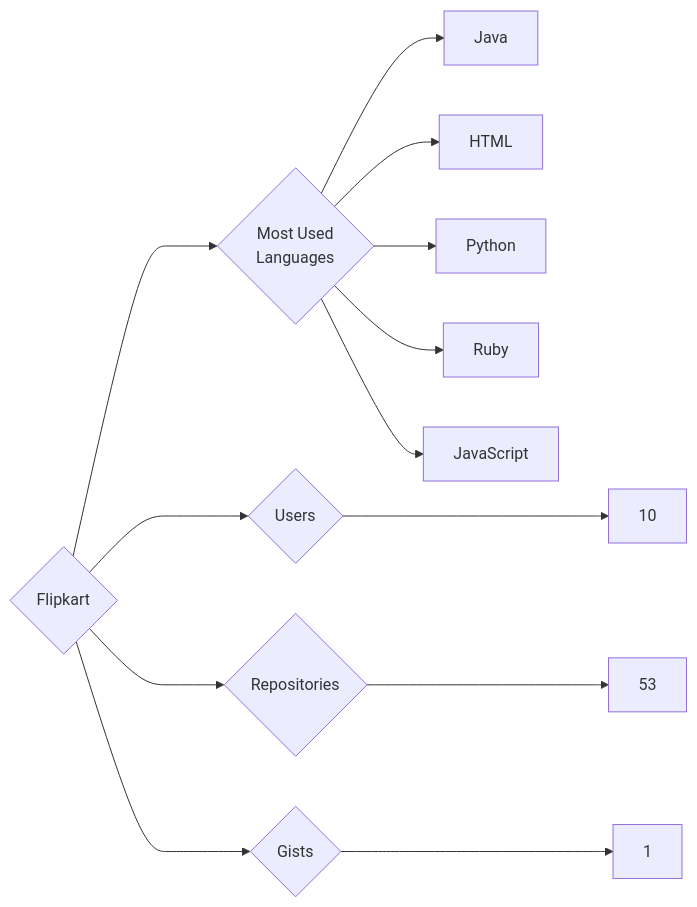
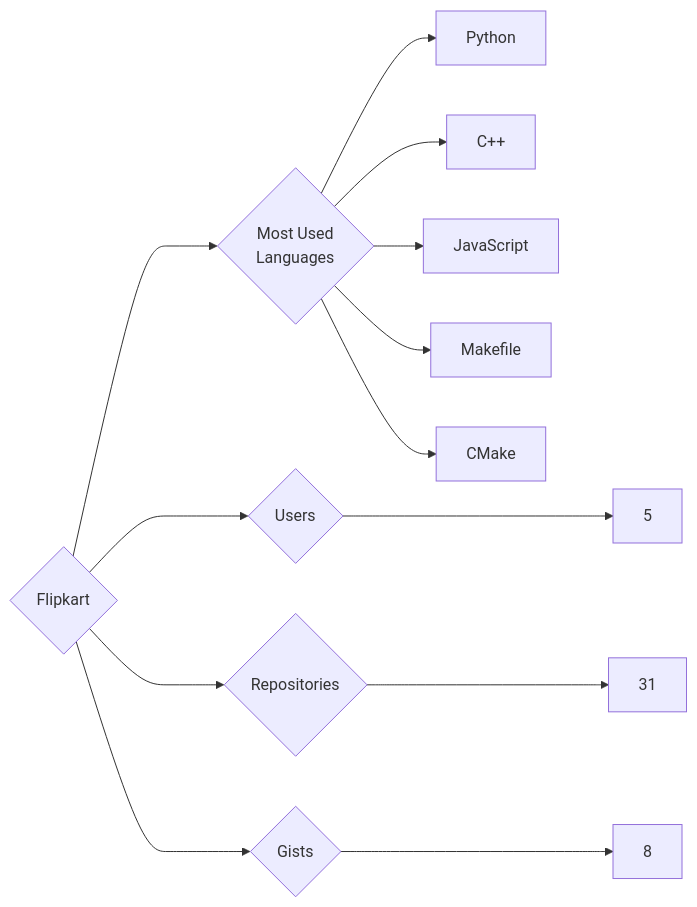
The diagram in targets/Flipkart/README.md (trickest/insiders), drawn with Mermaid before and after one commit. The commit also changed 618 other files, not shown here.

````diff
--- a/targets/Flipkart/README.md
+++ b/targets/Flipkart/README.md
@@ -3,13 +3,13 @@
 ```mermaid
 graph LR
 COMPANY_NAME{Flipkart}
-COMPANY_NAME ---> U{Users} ---> UN[10]
-COMPANY_NAME ---> R{Repositories} ---> RN[53]
-COMPANY_NAME ---> G{Gists} ---> GN[1]
+COMPANY_NAME ---> U{Users} ---> UN[5]
+COMPANY_NAME ---> R{Repositories} ---> RN[31]
+COMPANY_NAME ---> G{Gists} ---> GN[8]
 COMPANY_NAME ---> ML{Most Used<br>Languages}
-ML --> Java[Java]
-ML --> HTML[HTML]
 ML --> Python[Python]
-ML --> Ruby[Ruby]
+ML --> C++[C++]
 ML --> JavaScript[JavaScript]
+ML --> Makefile[Makefile]
+ML --> CMake[CMake]
 ```
````
